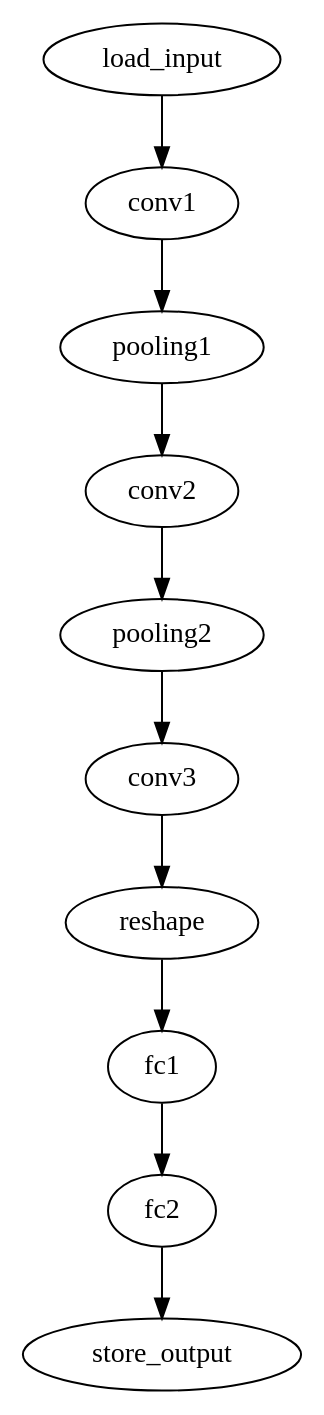
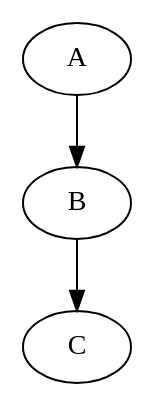
One commit to silagokth/sylva-suite changed the diagram in sylva/bin/bind/app_graph.gv. Above: the diagram before and after it, drawn with Graphviz. The commit also changed 56 other files, not shown here.

```diff
--- a/sylva/bin/bind/app_graph.gv
+++ b/sylva/bin/bind/app_graph.gv
@@ -1,22 +1,8 @@
 // App Graph
 digraph {
-	load_input [label=load_input]
-	conv1 [label=conv1]
-	pooling1 [label=pooling1]
-	conv2 [label=conv2]
-	pooling2 [label=pooling2]
-	conv3 [label=conv3]
-	reshape [label=reshape]
-	fc1 [label=fc1]
-	fc2 [label=fc2]
-	store_output [label=store_output]
-	load_input -> conv1
-	conv1 -> pooling1
-	pooling1 -> conv2
-	conv2 -> pooling2
-	pooling2 -> conv3
-	conv3 -> reshape
-	reshape -> fc1
-	fc1 -> fc2
-	fc2 -> store_output
+	A [label=A]
+	B [label=B]
+	C [label=C]
+	A -> B
+	B -> C
 }
```
